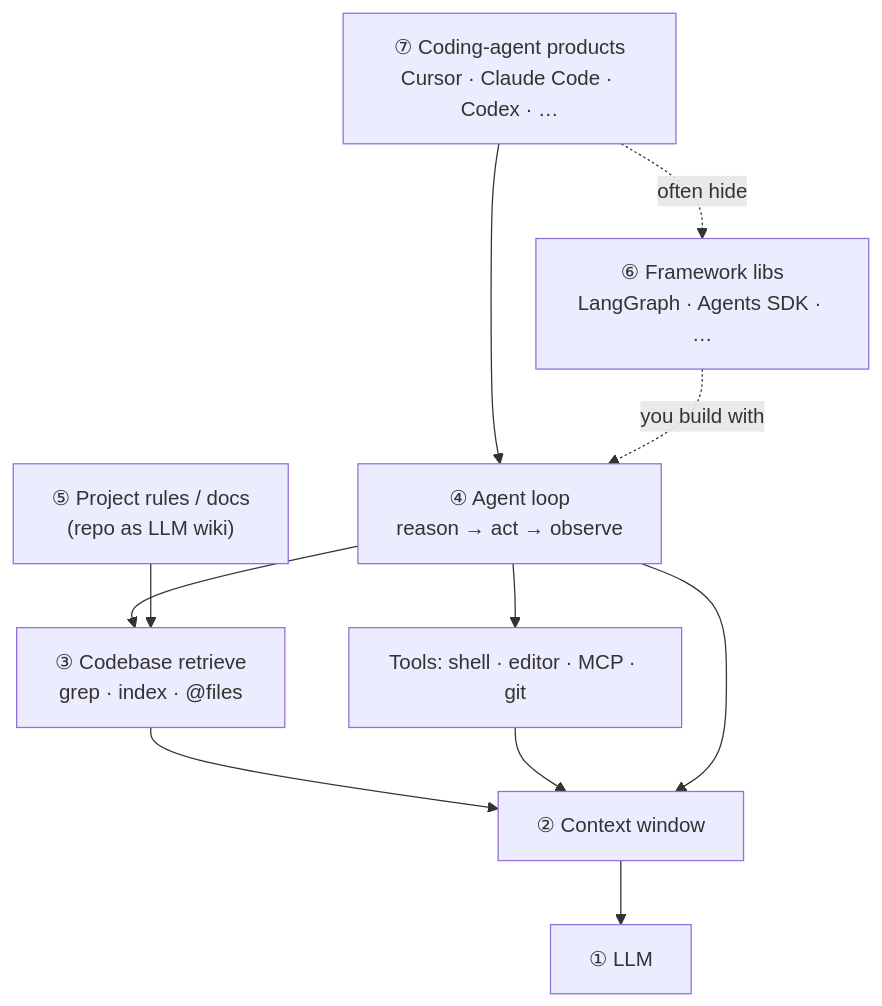
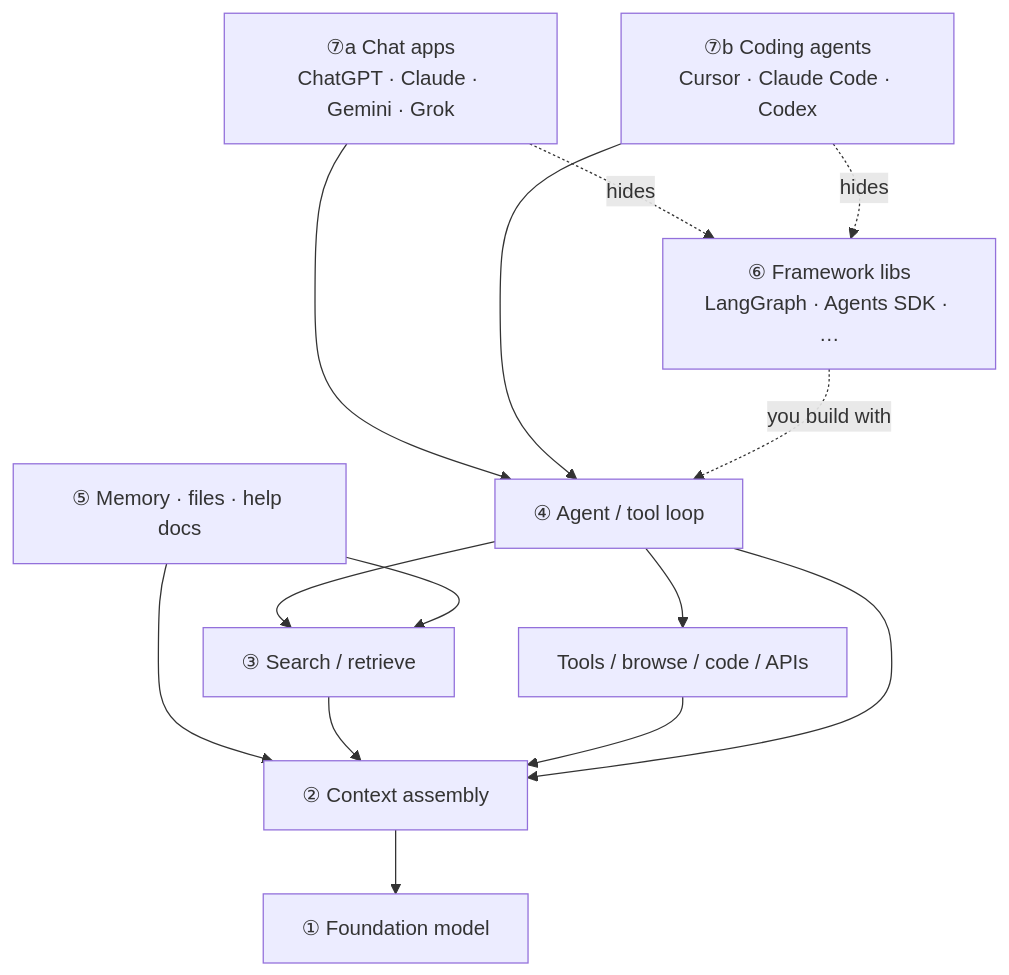
Before and after one commit to cshbli/ML-CV-AI: the first of 19 diagrams in LLM/llm.md, drawn with Mermaid. The commit also changed other lines of this file, not shown here.

````diff
--- a/LLM/llm.md
+++ b/LLM/llm.md
@@ -9,22 +9,26 @@
 ```mermaid
 flowchart TB
-    Prod["⑦ Coding-agent products<br/>Cursor · Claude Code · Codex · …"]
+    Chat["⑦a Chat apps<br/>ChatGPT · Claude · Gemini · Grok"]
+    Code["⑦b Coding agents<br/>Cursor · Claude Code · Codex"]
     FW["⑥ Framework libs<br/>LangGraph · Agents SDK · …"]
-    AG["④ Agent loop<br/>reason → act → observe"]
-    Tools["Tools: shell · editor · MCP · git"]
-    Wiki["⑤ Project rules / docs<br/>(repo as LLM wiki)"]
-    RAG["③ Codebase retrieve<br/>grep · index · @files"]
-    Ctx["② Context window"]
-    LLM["① LLM"]
+    AG["④ Agent / tool loop"]
+    Tools["Tools / browse / code / APIs"]
+    Wiki["⑤ Memory · files · help docs"]
+    RAG["③ Search / retrieve"]
+    Ctx["② Context assembly"]
+    LLM["① Foundation model"]
 
-    Prod --> AG
+    Chat --> AG
+    Code --> AG
     FW -.->|"you build with"| AG
-    Prod -.->|"often hide"| FW
+    Chat -.->|"hides"| FW
+    Code -.->|"hides"| FW
     AG --> Tools
     AG --> RAG
     Wiki --> RAG
+    Wiki --> Ctx
     RAG --> Ctx
     Tools --> Ctx
     AG --> Ctx
     Ctx --> LLM
 ```
````
